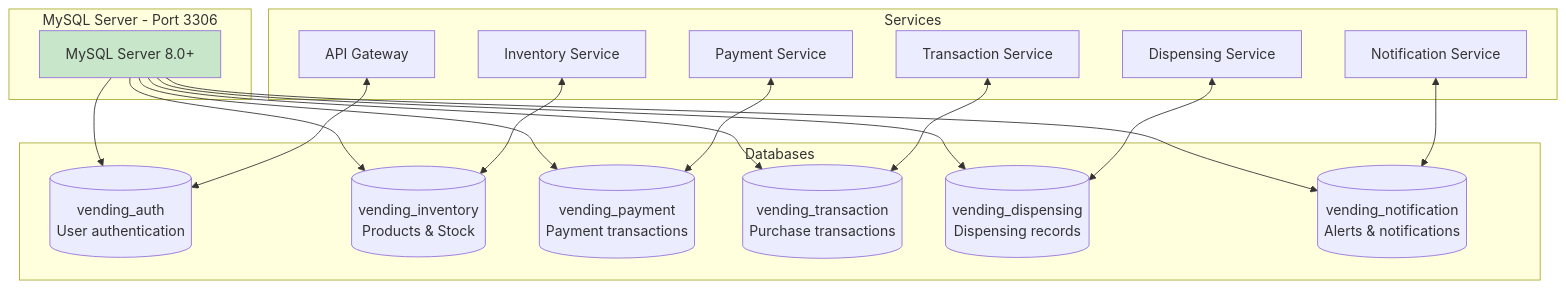
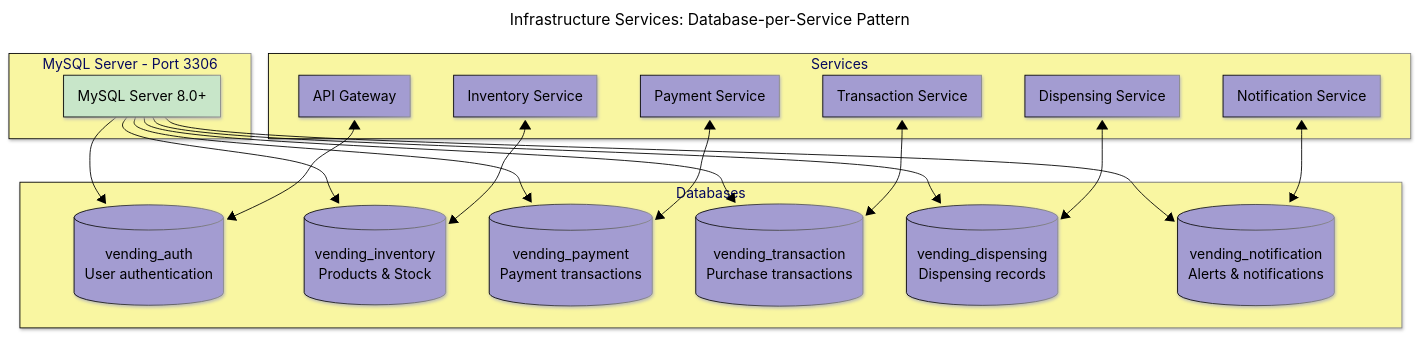
One commit to BrunoGil-AS/Vending-Machine-Microservices changed the seventh of 8 diagrams in Documentation/diagrams/infrastructure-services.md. Above: the diagram before and after it, drawn with Mermaid. The commit also changed other lines of this file and 7 other files, not shown here.

Commit message:
docs: Update service diagrams with new configurations and titles

````diff
--- a/Documentation/diagrams/infrastructure-services.md
+++ b/Documentation/diagrams/infrastructure-services.md
@@ -363,40 +447,54 @@
 ```mermaid
+---
+config:
+  theme: base
+  themeVariables:
+    primaryColor: '#a39cd1ff'
+    primaryTextColor: '#000000'
+    secondaryTextColor: '#ffffffff'
+    primaryBorderColor: '#000000'
+    lineColor: '#000000ff'
+    secondaryColor: '#90b590ff'
+    tertiaryColor: '#f9f6a1ff'
+  look: neo
+title: 'Infrastructure Services: Database-per-Service Pattern'
+---
 graph TB
     subgraph "MySQL Server - Port 3306"
         MYSQL[MySQL Server 8.0+]
     end
 
     subgraph "Databases"
         AUTH_DB[(vending_auth<br/>User authentication)]
         INV_DB[(vending_inventory<br/>Products & Stock)]
         PAY_DB[(vending_payment<br/>Payment transactions)]
         TRANS_DB[(vending_transaction<br/>Purchase transactions)]
         DISP_DB[(vending_dispensing<br/>Dispensing records)]
         NOTIF_DB[(vending_notification<br/>Alerts & notifications)]
     end
 
     subgraph "Services"
         GATEWAY[API Gateway]
         INVENTORY[Inventory Service]
         PAYMENT[Payment Service]
         TRANSACTION[Transaction Service]
         DISPENSING[Dispensing Service]
         NOTIFICATION[Notification Service]
     end
 
     MYSQL --> AUTH_DB
     MYSQL --> INV_DB
     MYSQL --> PAY_DB
     MYSQL --> TRANS_DB
     MYSQL --> DISP_DB
     MYSQL --> NOTIF_DB
 
     GATEWAY <--> AUTH_DB
     INVENTORY <--> INV_DB
     PAYMENT <--> PAY_DB
     TRANSACTION <--> TRANS_DB
     DISPENSING <--> DISP_DB
     NOTIFICATION <--> NOTIF_DB
 
     style MYSQL fill:#c8e6c9
 ```
````
